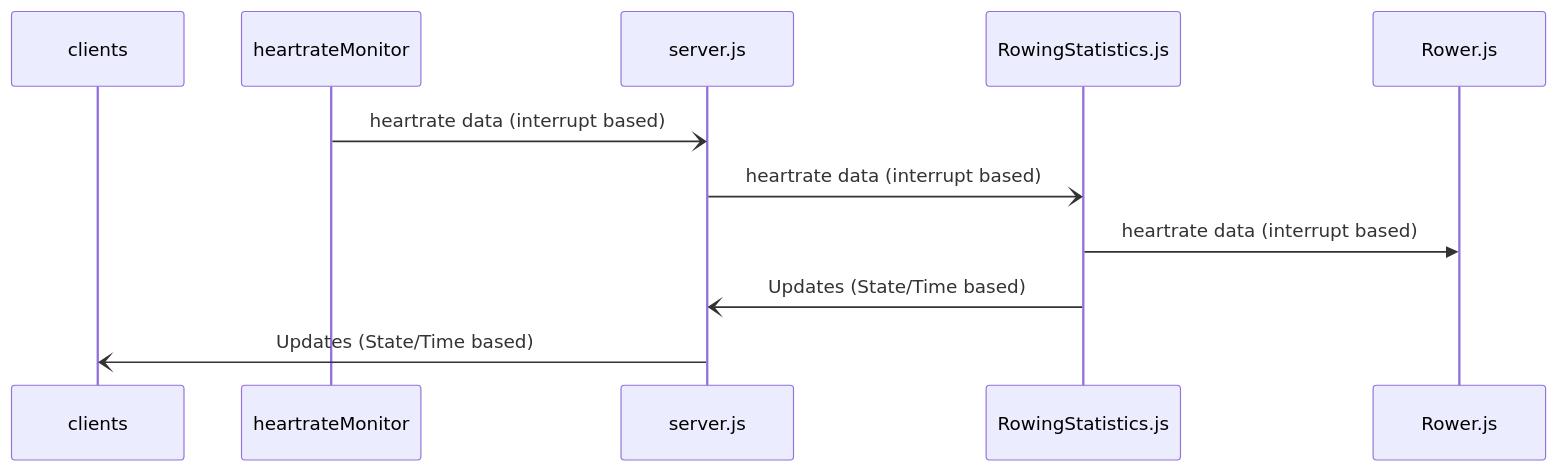
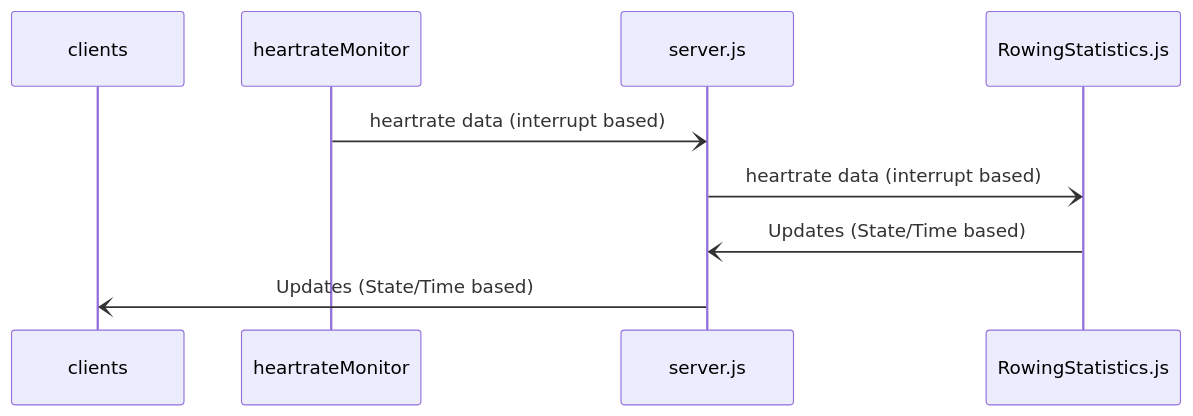
Before and after one commit to laberning/openrowingmonitor: the second of 2 diagrams in docs/Architecture.md, drawn with Mermaid.

````diff
--- a/docs/Architecture.md
+++ b/docs/Architecture.md
@@ -35,12 +35,11 @@
 ```mermaid
 sequenceDiagram
   participant clients
   participant heartrateMonitor
   participant server.js
   participant RowingStatistics.js
   heartrateMonitor-)server.js: heartrate data (interrupt based)
   server.js-)RowingStatistics.js: heartrate data (interrupt based)
-  RowingStatistics.js->>Rower.js: heartrate data (interrupt based)
   RowingStatistics.js-)server.js: Updates (State/Time based)
   server.js-)clients: Updates (State/Time based)
 ```
````
